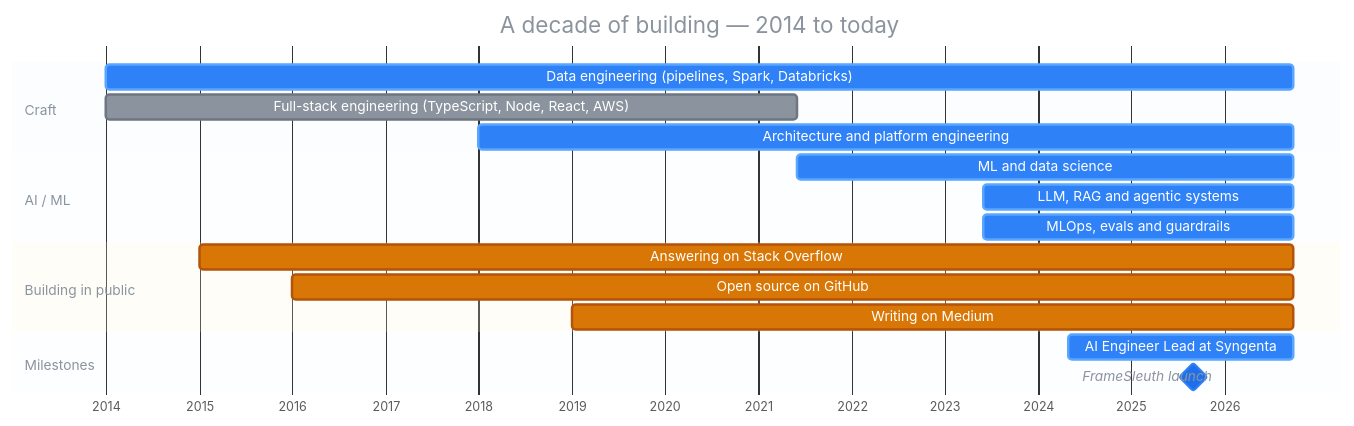
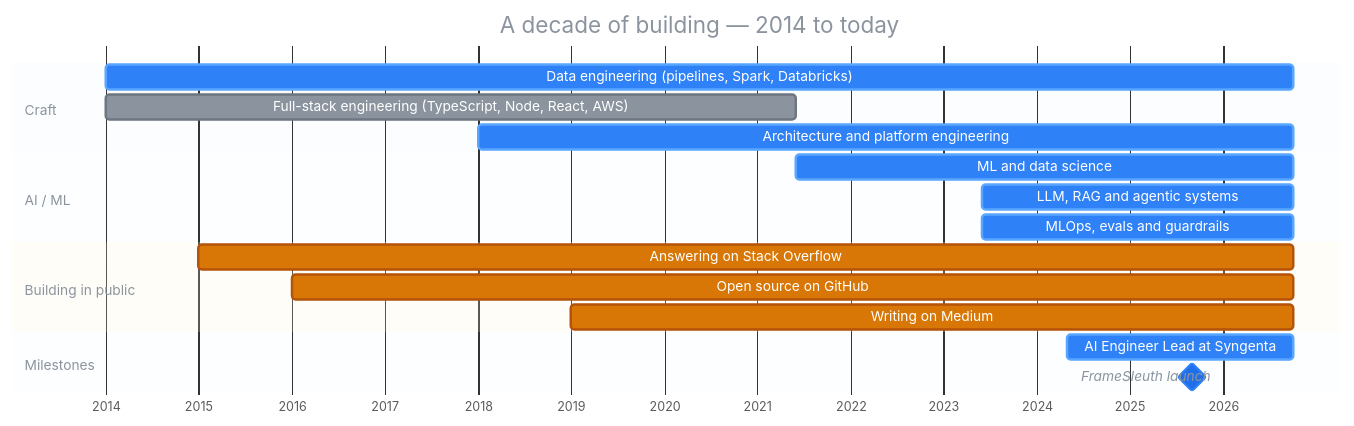
The first of 2 diagrams in README.md (santoshshinde2012/santoshshinde2012), drawn with Mermaid before and after one commit. The commit also changed other lines of this file, not shown here.

Commit message:
chore: refresh shipping summary

````diff
--- a/README.md
+++ b/README.md
@@ -130,27 +130,27 @@
 ```mermaid
 %%{init: {'theme':'base','themeVariables':{'fontFamily':'Fira Code, monospace','taskBkgColor':'#1F6FEB','taskBorderColor':'#2F81F7','activeTaskBkgColor':'#2F81F7','activeTaskBorderColor':'#58A6FF','doneTaskBkgColor':'#8B949E','doneTaskBorderColor':'#6E7681','critBkgColor':'#D97706','critBorderColor':'#B45309','critTextColor':'#ffffff','milestoneBkgColor':'#238636','milestoneBorderColor':'#2EA043','taskTextColor':'#ffffff','taskTextDarkColor':'#ffffff','taskTextLightColor':'#ffffff','taskTextOutsideColor':'#8B949E','gridColor':'#30363D','todayLineColor':'#F85149','titleColor':'#8B949E','sectionBkgColor':'#2F81F714','altSectionBkgColor':'#2F81F70A'}}}%%
 gantt
     title A decade of building — 2014 to today
     dateFormat YYYY-MM-DD
     axisFormat %Y
     tickInterval 1year
 
     section Craft
-    Data engineering (pipelines, Spark, Databricks)      :active, de,   2014-01-01, 2026-09-28
+    Data engineering (pipelines, Spark, Databricks)      :active, de,   2014-01-01, 2026-10-05
     Full-stack engineering (TypeScript, Node, React, AWS) :done,   fs,   2014-01-01, 2021-06-01
-    Architecture and platform engineering                :active, arch, 2018-01-01, 2026-09-28
+    Architecture and platform engineering                :active, arch, 2018-01-01, 2026-10-05
 
     section AI / ML
-    ML and data science                                  :active, ml,   2021-06-01, 2026-09-28
-    LLM, RAG and agentic systems                         :active, llm,  2023-06-01, 2026-09-28
-    MLOps, evals and guardrails                          :active, ops,  2023-06-01, 2026-09-28
+    ML and data science                                  :active, ml,   2021-06-01, 2026-10-05
+    LLM, RAG and agentic systems                         :active, llm,  2023-06-01, 2026-10-05
+    MLOps, evals and guardrails                          :active, ops,  2023-06-01, 2026-10-05
 
     section Building in public
-    Answering on Stack Overflow                          :crit, so,   2015-01-01, 2026-09-28
-    Open source on GitHub                                :crit, gh,   2016-01-01, 2026-09-28
-    Writing on Medium                                    :crit, med,  2019-01-01, 2026-09-28
+    Answering on Stack Overflow                          :crit, so,   2015-01-01, 2026-10-05
+    Open source on GitHub                                :crit, gh,   2016-01-01, 2026-10-05
+    Writing on Medium                                    :crit, med,  2019-01-01, 2026-10-05
 
     section Milestones
-    AI Engineer Lead at Syngenta                         :active,    syn, 2024-05-01, 2026-09-28
+    AI Engineer Lead at Syngenta                         :active,    syn, 2024-05-01, 2026-10-05
     FrameSleuth launch                                   :milestone, fsl, 2025-09-01, 0d
 ```
````
